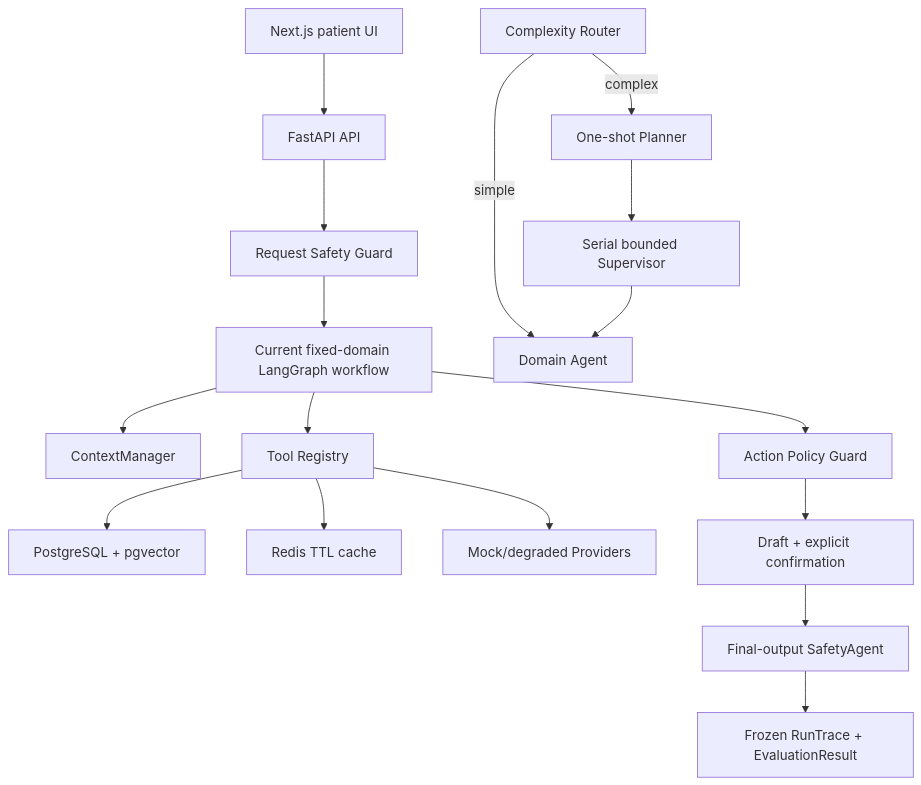
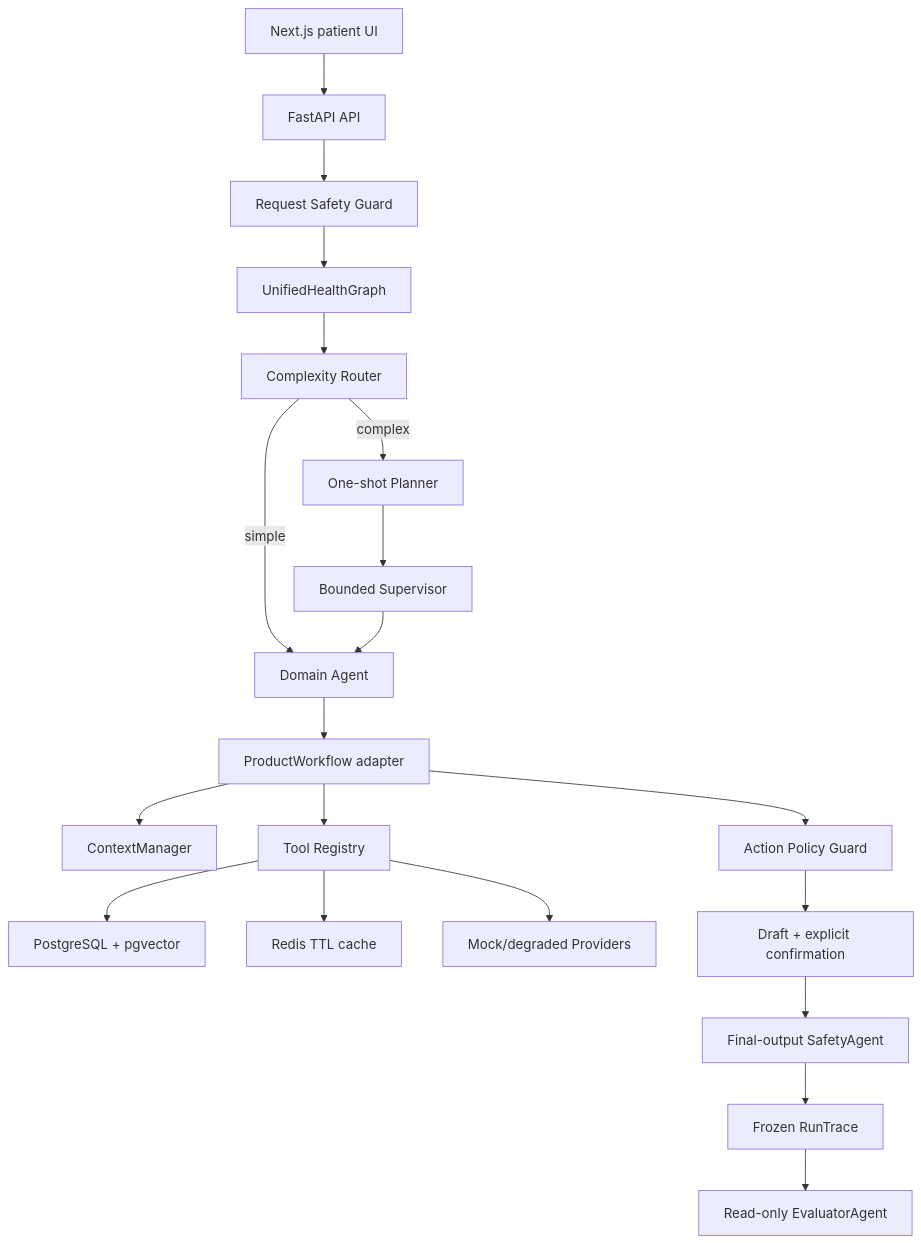
One commit to dadiaochen/hospital-agent changed the diagram in README.md. Above: the diagram before and after it, drawn with Mermaid. The commit also changed other lines of this file and 122 other files, not shown here.

````diff
--- a/README.md
+++ b/README.md
@@ -22,20 +22,22 @@
 ```mermaid
 flowchart TB
     UI["Next.js patient UI"] --> API["FastAPI API"]
     API --> GUARD1["Request Safety Guard"]
-    GUARD1 --> FLOW["Current fixed-domain LangGraph workflow"]
+    GUARD1 --> GRAPH["UnifiedHealthGraph"]
+    GRAPH --> ROUTER["Complexity Router"]
+    ROUTER -->|"simple"| DOMAIN["Domain Agent"]
+    ROUTER -->|"complex"| PLAN["One-shot Planner"]
+    PLAN --> SUP["Bounded Supervisor"]
+    SUP --> DOMAIN
+    DOMAIN --> FLOW["ProductWorkflow adapter"]
     FLOW --> CTX["ContextManager"]
     FLOW --> TOOLS["Tool Registry"]
     TOOLS --> DB["PostgreSQL + pgvector"]
     TOOLS --> CACHE["Redis TTL cache"]
     TOOLS --> PROVIDERS["Mock/degraded Providers"]
     FLOW --> GUARD2["Action Policy Guard"]
     GUARD2 --> CONFIRM["Draft + explicit confirmation"]
     CONFIRM --> GUARD3["Final-output SafetyAgent"]
-    GUARD3 --> TRACE["Frozen RunTrace + EvaluationResult"]
-
-    ROUTER["Complexity Router"] -->|simple| DOMAIN["Domain Agent"]
-    ROUTER -->|complex| PLAN["One-shot Planner"]
-    PLAN --> SUP["Serial bounded Supervisor"]
-    SUP --> DOMAIN
+    GUARD3 --> TRACE["Frozen RunTrace"]
+    TRACE --> EVAL["Read-only EvaluatorAgent"]
 ```
````
